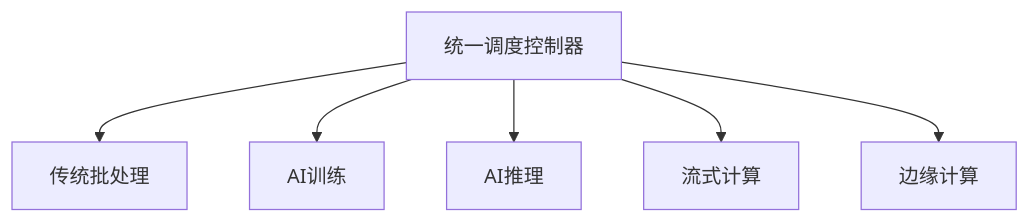
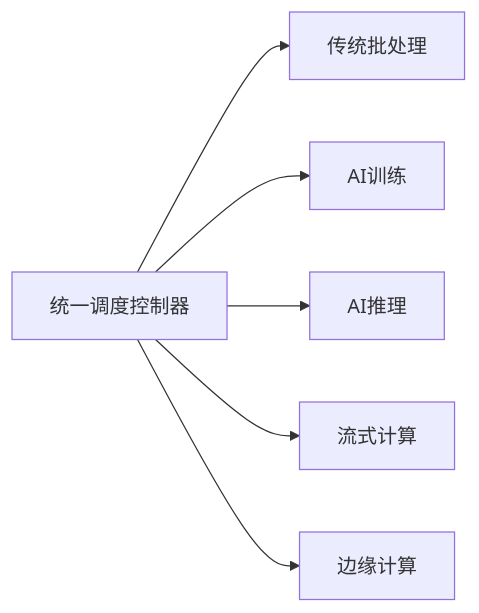
Before and after one commit to samzong/slidev-theme-daocloud: diagram 15 of 15 in slides.md, drawn with Mermaid. The commit also changed other lines of this file and 3 other files, not shown here.

````diff
--- a/slides.md
+++ b/slides.md
@@ -3911,8 +3911,8 @@
 ```mermaid
-graph TD
+graph LR
     A[统一调度控制器] --> B[传统批处理]
     A --> C[AI训练]
     A --> D[AI推理]
     A --> E[流式计算]
     A --> F[边缘计算]
 ```
````
